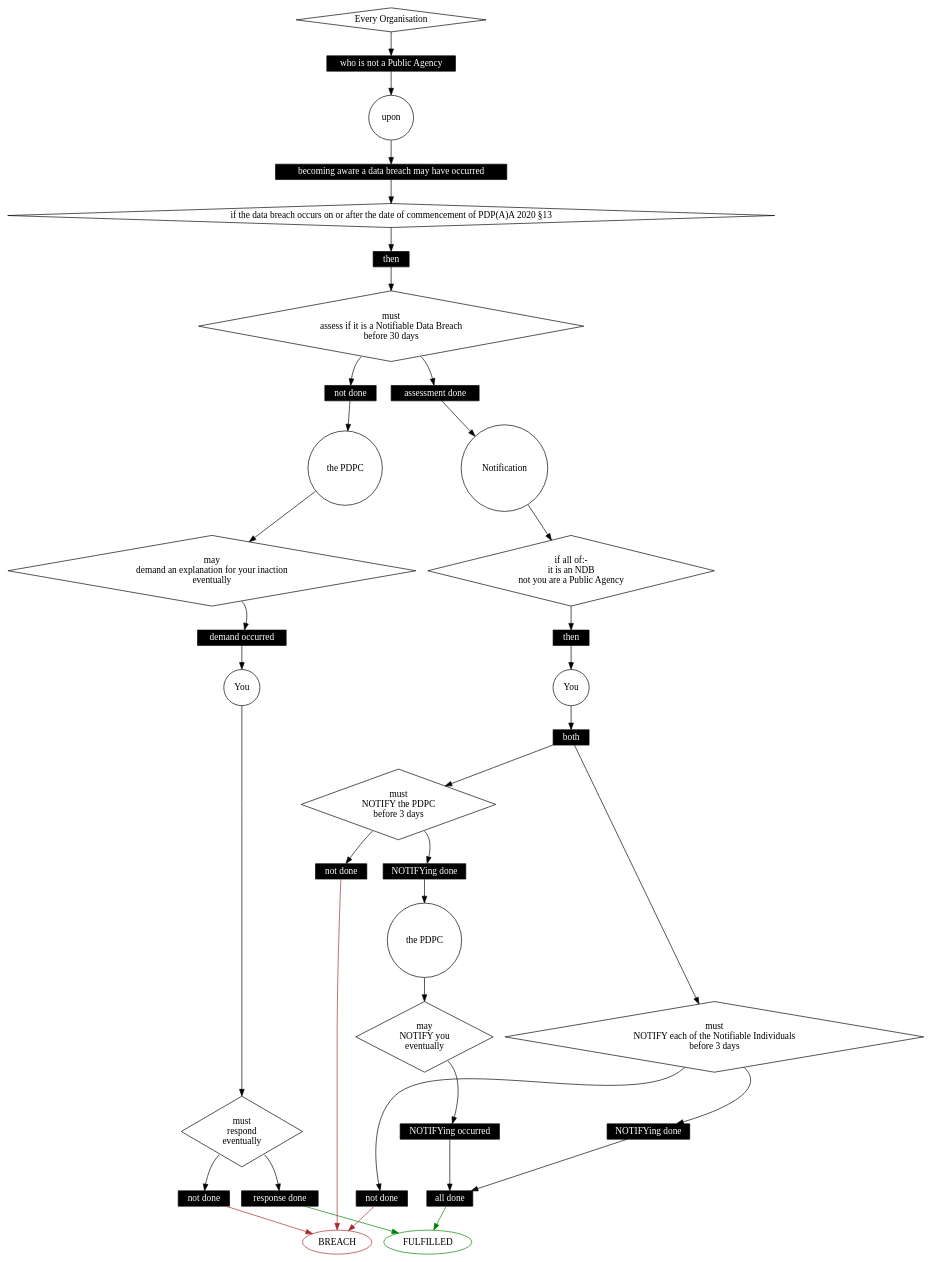
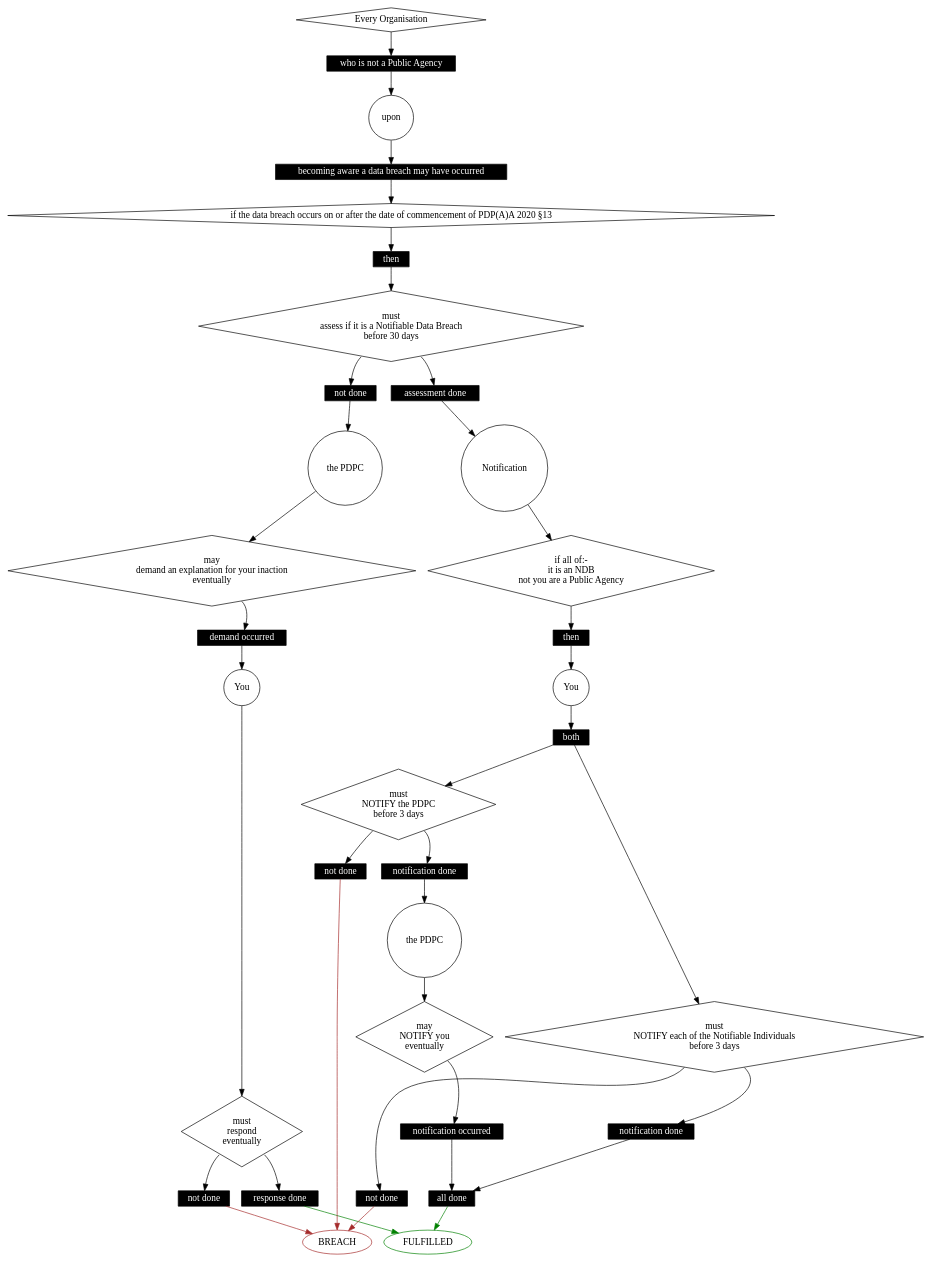
The diagram in lib/haskell/natural4/petri.dot (smucclaw/dsl), drawn with Graphviz before and after one commit. The commit also changed 5 other files, not shown here.

```diff
--- a/lib/haskell/natural4/petri.dot
+++ b/lib/haskell/natural4/petri.dot
@@ -1,159 +1,159 @@
 digraph {
     graph [compound=true];
     subgraph places {
         node [shape=circle];
         2 [label="Every Organisation"
           ,shape=diamond
           ,comment=IsFirstNode
           ,comment="OrigRL \"Assess\""
           ,comment=IsParty
           ,comment=IsParty];
         4 [label=upon,comment=IsUpon];
         6 [label="if the data breach occurs on or after the date of commencement of PDP(A)A 2020 §13"
           ,shape=diamond
           ,comment=IsCond];
         8 [label="must\nassess if it is a Notifiable Data Breach\nbefore 30 days"
           ,shape=diamond
           ,comment=IsDeon];
         11 [label=Notification
            ,comment=IsFirstNode
            ,comment=FromRuleAlias
            ,comment="OrigRL \"Notification\""];
         12 [label="the PDPC"
            ,comment=IsParty];
         13 [label="may\ndemand an explanation for your inaction\neventually"
            ,shape=diamond
            ,comment=IsDeon];
         15 [label=You,comment=IsParty];
         16 [label="must\nrespond\neventually"
            ,shape=diamond
            ,comment=IsDeon];
         19 [label=You
            ,comment=IsFirstNode
            ,comment="OrigRL \"Notify PDPC\""
            ,comment=IsParty
            ,comment=IsParty];
         20 [label="if all of:-\nit is an NDB\nnot you are a Public Agency"
            ,shape=diamond
            ,comment=IsCond];
         22 [label="must\nNOTIFY the PDPC\nbefore 3 days"
            ,shape=diamond
            ,comment=IsDeon];
         25 [label="the PDPC"
            ,comment=IsParty];
         26 [label="may\nNOTIFY you\neventually"
            ,shape=diamond
            ,comment=IsDeon];
         31 [label="must\nNOTIFY each of the Notifiable Individuals\nbefore 3 days"
            ,shape=diamond
            ,comment=IsDeon];
     }
     subgraph transitions {
         node [shape=box
              ,height=0.2
              ,style=filled
              ,fillcolor=black
              ,fontcolor=white
              ,fontname=Monaco];
         3 [label="who is not a Public Agency"];
         5 [label="becoming aware a data breach may have occurred"
           ,comment=IsUpon
           ,comment=IsCond];
         7 [label=then,comment=IsThen];
         9 [label="assessment done"
           ,comment="Temporal \"before 30 days\""
           ,comment=IsLastHappy
           ,comment="OrigRL \"Assess\""];
         10 [label="not done"];
         14 [label="demand occurred"
            ,comment="Temporal \"eventually\""
            ,comment=IsLastHappy
            ,comment="OrigRL \"Assess\""];
         17 [label="response done"
            ,comment="Temporal \"eventually\""
            ,comment=IsLastHappy
            ,comment="OrigRL \"Assess\""];
         18 [label="not done"];
         21 [label=then,comment=IsThen];
-        23 [label="NOTIFYing done"
+        23 [label="notification done"
            ,comment="Temporal \"before 3 days\""
            ,comment=IsLastHappy
            ,comment="OrigRL \"Notify PDPC\""];
         24 [label="not done"];
-        27 [label="NOTIFYing occurred"
+        27 [label="notification occurred"
            ,comment="Temporal \"eventually\""
            ,comment=IsLastHappy
            ,comment="OrigRL \"Notify PDPC\""];
-        32 [label="NOTIFYing done"
+        32 [label="notification done"
            ,comment="Temporal \"before 3 days\""
            ,comment=IsLastHappy
            ,comment="OrigRL \"Notify Individuals\""];
         33 [label="not done"];
         34 [label=both
            ,comment=IsInfra
            ,comment=IsAnd
            ,comment=IsSplit];
         35 [label="all done"
            ,comment=IsInfra
            ,comment=IsAnd
            ,comment=IsJoin];
     }
     subgraph breachfulfilled {
         graph [rank=same];
         0 [label=BREACH
           ,color=brown
           ,comment=IsInfra];
         1 [label=FULFILLED
           ,color=green
           ,comment=IsInfra];
     }
     0 -> 1 [comment="this will render as invisible, but will be on same rank"
            ,style=invis];
     2 -> 3;
     3 -> 4;
     4 -> 5;
     5 -> 6;
     6 -> 7;
     7 -> 8;
     8 -> 9 [tailport=se
            ,comment="southeast for positive"];
     8 -> 10 [tailport=sw
             ,comment="southwest for negative"];
     9 -> 11;
     10 -> 12;
     11 -> 20 [comment="due to mergePetri"];
     12 -> 13;
     13 -> 14 [tailport=se
              ,comment="southeast for positive"];
     14 -> 15;
     15 -> 16;
     16 -> 17 [tailport=se
              ,comment="southeast for positive"];
     16 -> 18 [tailport=sw
              ,comment="southwest for negative"];
     17 -> 1 [color=green];
     18 -> 0 [color=brown];
     19 -> 34 [comment="due to mergePetri"];
     20 -> 21 [comment="due to mergePetri"];
     21 -> 19 [comment="due to mergePetri"];
     22 -> 23 [tailport=se
              ,comment="southeast for positive"];
     22 -> 24 [tailport=sw
              ,comment="southwest for negative"];
     23 -> 25;
     24 -> 0 [color=brown];
     25 -> 26;
     26 -> 27 [tailport=se
              ,comment="southeast for positive"];
     27 -> 35 [comment="added by join from tailnode"];
     31 -> 32 [tailport=se
              ,comment="southeast for positive"];
     31 -> 33 [tailport=sw
              ,comment="southwest for negative"];
     32 -> 35 [comment="added by join from tailnode"];
     33 -> 0 [color=brown];
     34 -> 22 [comment="due to mergePetri"];
     34 -> 31 [comment="due to mergePetri"];
     35 -> 1 [color=green
             ,comment="added by join to fulfilledNode"];
 }
```
